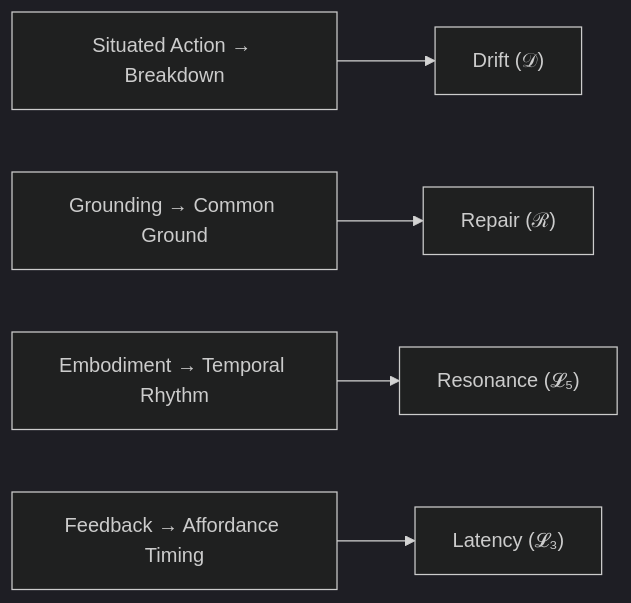
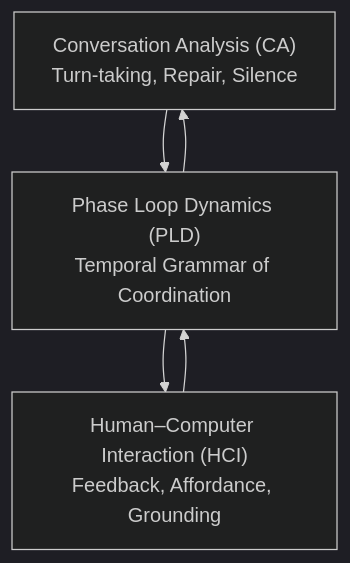
One commit to kiyoshisasano-DeepZenSpace/kiyoshisasano-DeepZenSpace changed the diagram in 06_translation_interface/HCI_translation/hci_translation_pld_theory/02_theoretical_background_hci_foundations.md. Above: the diagram before and after it, drawn with Mermaid (dark theme). The commit also changed other lines of this file, not shown here.

````diff
--- a/06_translation_interface/HCI_translation/hci_translation_pld_theory/02_theoretical_background_hci_foundations.md
+++ b/06_translation_interface/HCI_translation/hci_translation_pld_theory/02_theoretical_background_hci_foundations.md
@@ -39,7 +43,13 @@
 ```mermaid
-flowchart LR
-  Suchman["Situated Action → Breakdown"] --> D["Drift (𝒟)"]
-  Clark["Grounding → Common Ground"] --> R["Repair (ℛ)"]
-  Dourish["Embodiment → Temporal Rhythm"] --> L5["Resonance (𝓛₅)"]
-  Norman["Feedback → Affordance Timing"] --> L3["Latency (𝓛₃)"]
+flowchart TD
+    CA["Conversation Analysis (CA)
+Turn-taking, Repair, Silence"]
+    HCI["Human–Computer Interaction (HCI)
+Feedback, Affordance, Grounding"]
+    PLD["Phase Loop Dynamics (PLD)
+Temporal Grammar of Coordination"]
+    CA --> PLD
+    HCI --> PLD
+    PLD --> CA
+    PLD --> HCI
 ```
````
